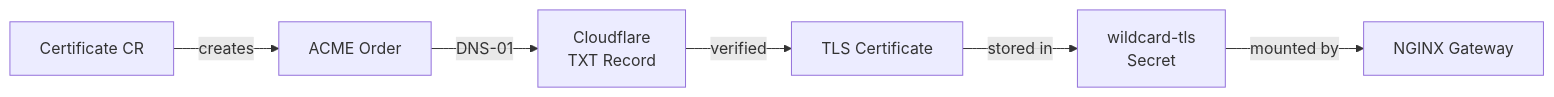
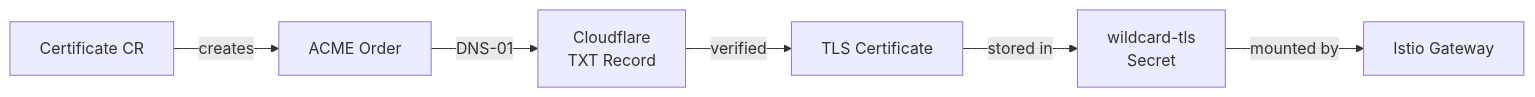
Before and after one commit to Murad-Suleymanov/BasePlate: the second of 2 diagrams in docs/architecture/networking.md, drawn with Mermaid. The commit also changed other lines of this file and 17 other files, not shown here.

Commit message:
change ngf to istio gateway

````diff
--- a/docs/architecture/networking.md
+++ b/docs/architecture/networking.md
@@ -135,8 +139,8 @@
 ```mermaid
 flowchart LR
     CR["Certificate CR"] -->|"creates"| Order["ACME Order"]
     Order -->|"DNS-01"| Challenge["Cloudflare<br/>TXT Record"]
     Challenge -->|"verified"| Cert["TLS Certificate"]
     Cert -->|"stored in"| Secret["wildcard-tls<br/>Secret"]
-    Secret -->|"mounted by"| GW["NGINX Gateway"]
+    Secret -->|"mounted by"| GW["Istio Gateway"]
 ```
````
